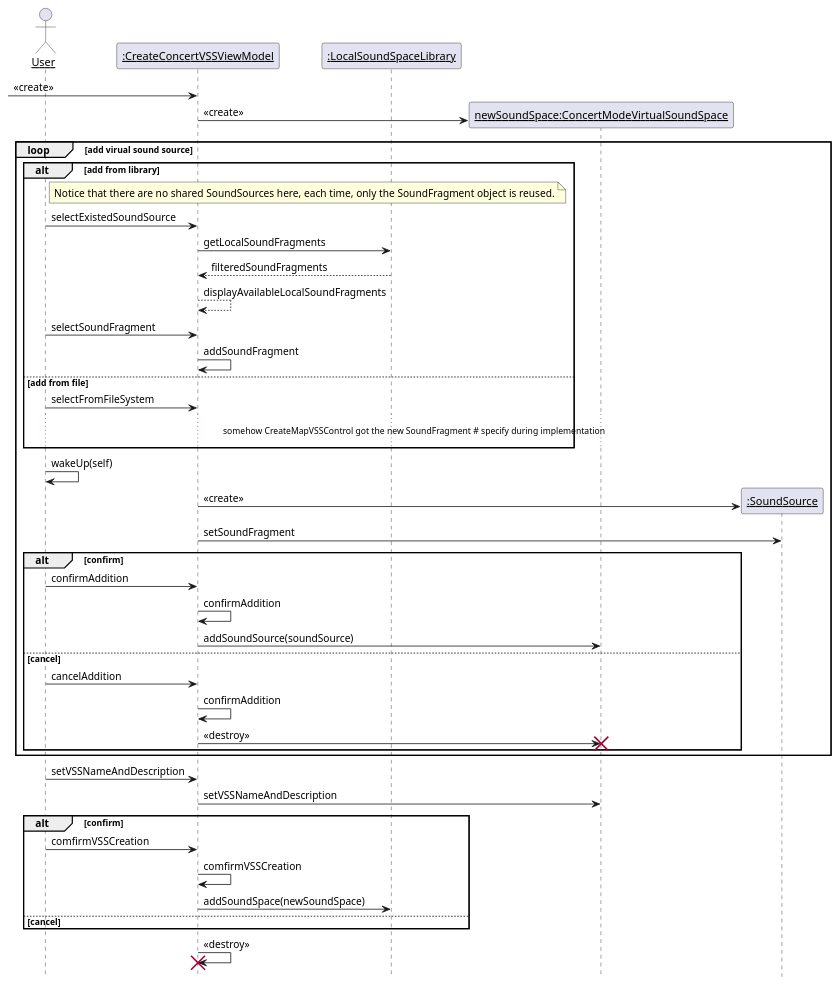
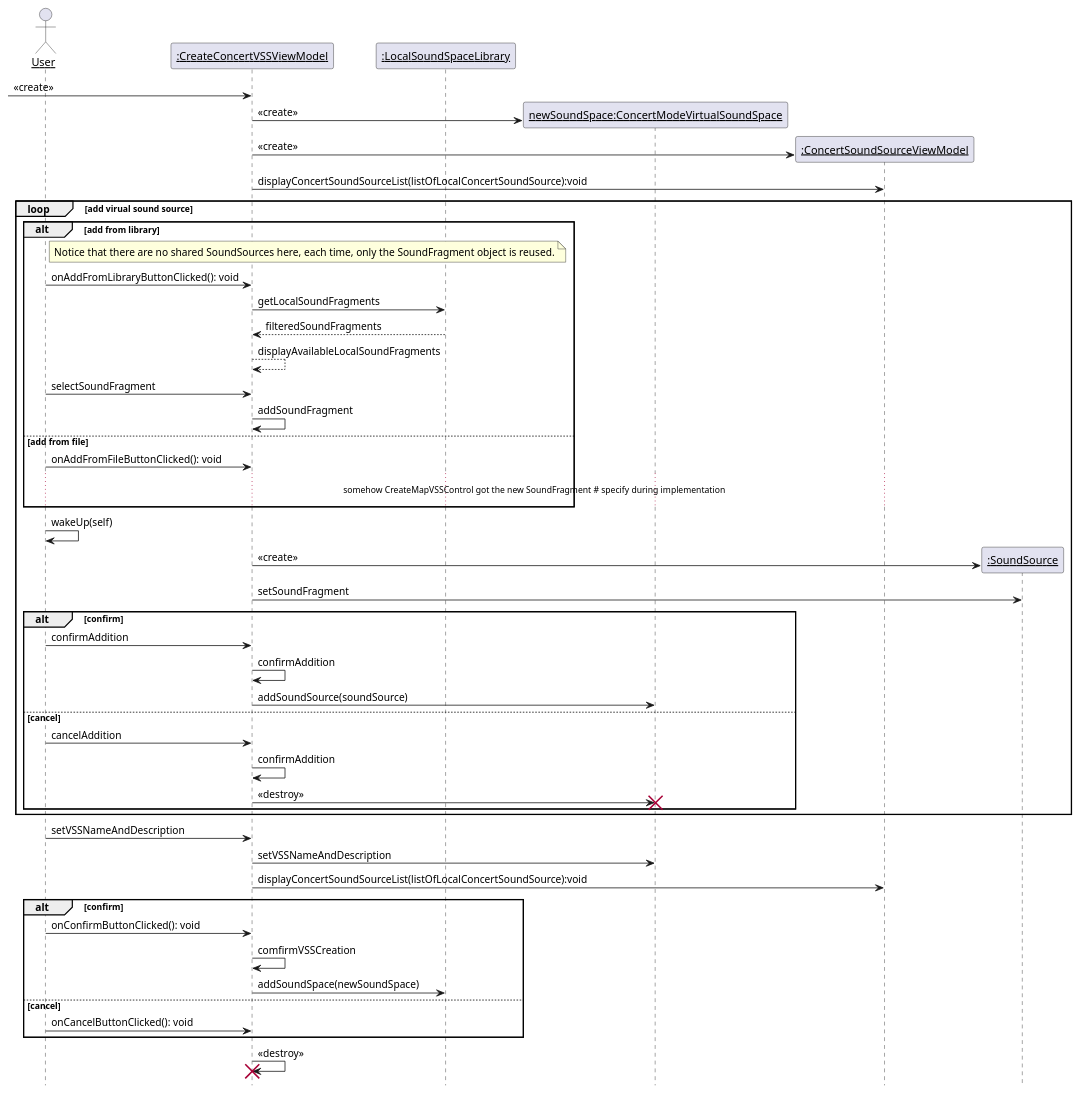
Before and after one commit to kpp19920121/doc: diagram 14 of 28 in 设计/顺序图.md, drawn with PlantUML. The commit also changed other lines of this file and 4 other files, not shown here.

First line of the commit message:
完成了相关新添加ViewModel类的顺序图

````diff
--- a/设计/顺序图.md
+++ b/设计/顺序图.md
@@ -460,60 +469,66 @@
 ```PlantUML
 @startuml Diagrams/CreateConcertModeVSS
 hide footbox
 skinparam sequenceParticipant underline
 
 
 actor User as user
 participant ":CreateConcertVSSViewModel" as createboundary
 participant ":LocalSoundSpaceLibrary" as library
 participant "newSoundSpace:ConcertModeVirtualSoundSpace" as newspace
+participant ":ConcertSoundSourceViewModel" as cssvm
 
 create createboundary
 -> createboundary: <<create>>
 create newspace
 createboundary -> newspace: <<create>>
+create cssvm
+createboundary -> cssvm: <<create>>
+createboundary -> cssvm: displayConcertSoundSourceList(listOfLocalConcertSoundSource):void
 
 loop add virual sound source
     alt add from library
         note right of user: Notice that there are no shared SoundSources here, each time, only the SoundFragment object is reused.
-        user -> createboundary: selectExistedSoundSource
+        user -> createboundary: onAddFromLibraryButtonClicked(): void
         createboundary -> library: getLocalSoundFragments
         library --> createboundary: filteredSoundFragments
         createboundary --> createboundary: displayAvailableLocalSoundFragments
         user -> createboundary: selectSoundFragment
         createboundary -> createboundary: addSoundFragment
     else add from file
-        user -> createboundary: selectFromFileSystem
+        user -> createboundary: onAddFromFileButtonClicked(): void
         ...somehow CreateMapVSSControl got the new SoundFragment # specify during implementation...
     end
 
 
     participant ":SoundSource" as source
     user -> user: wakeUp(self)
     create source
     createboundary -> source: <<create>>
     createboundary -> source: setSoundFragment
     alt confirm
         user -> createboundary: confirmAddition
         createboundary -> createboundary: confirmAddition
         createboundary -> newspace: addSoundSource(soundSource)
     else cancel
         user -> createboundary: cancelAddition
         createboundary -> createboundary: confirmAddition
         createboundary -> newspace: <<destroy>>
         destroy newspace
     end
 
 end
 user -> createboundary: setVSSNameAndDescription
 createboundary -> newspace: setVSSNameAndDescription
+createboundary -> cssvm: displayConcertSoundSourceList(listOfLocalConcertSoundSource):void
 alt confirm
-    user -> createboundary: comfirmVSSCreation
+    user -> createboundary: onConfirmButtonClicked(): void
     createboundary -> createboundary: comfirmVSSCreation
     createboundary -> library: addSoundSpace(newSoundSpace)
 else cancel
+    user -> createboundary: onCancelButtonClicked(): void
 end
 createboundary -> createboundary: <<destroy>>
 destroy createboundary
 @enduml
 ```
````
